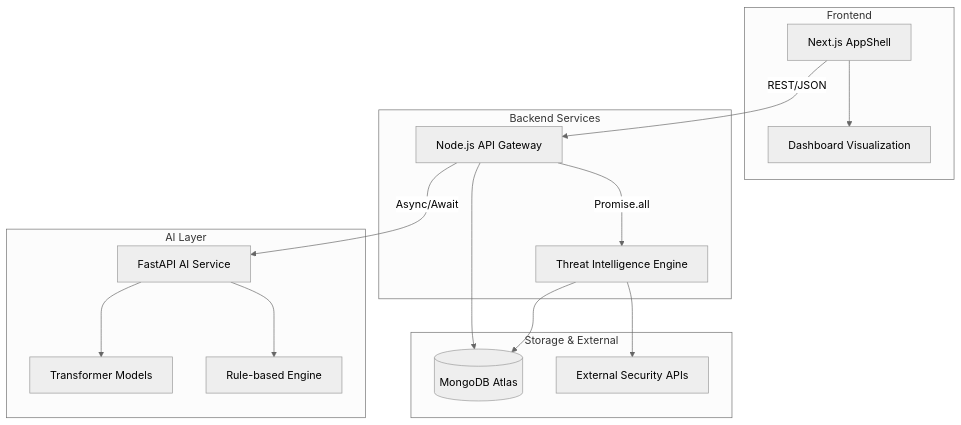
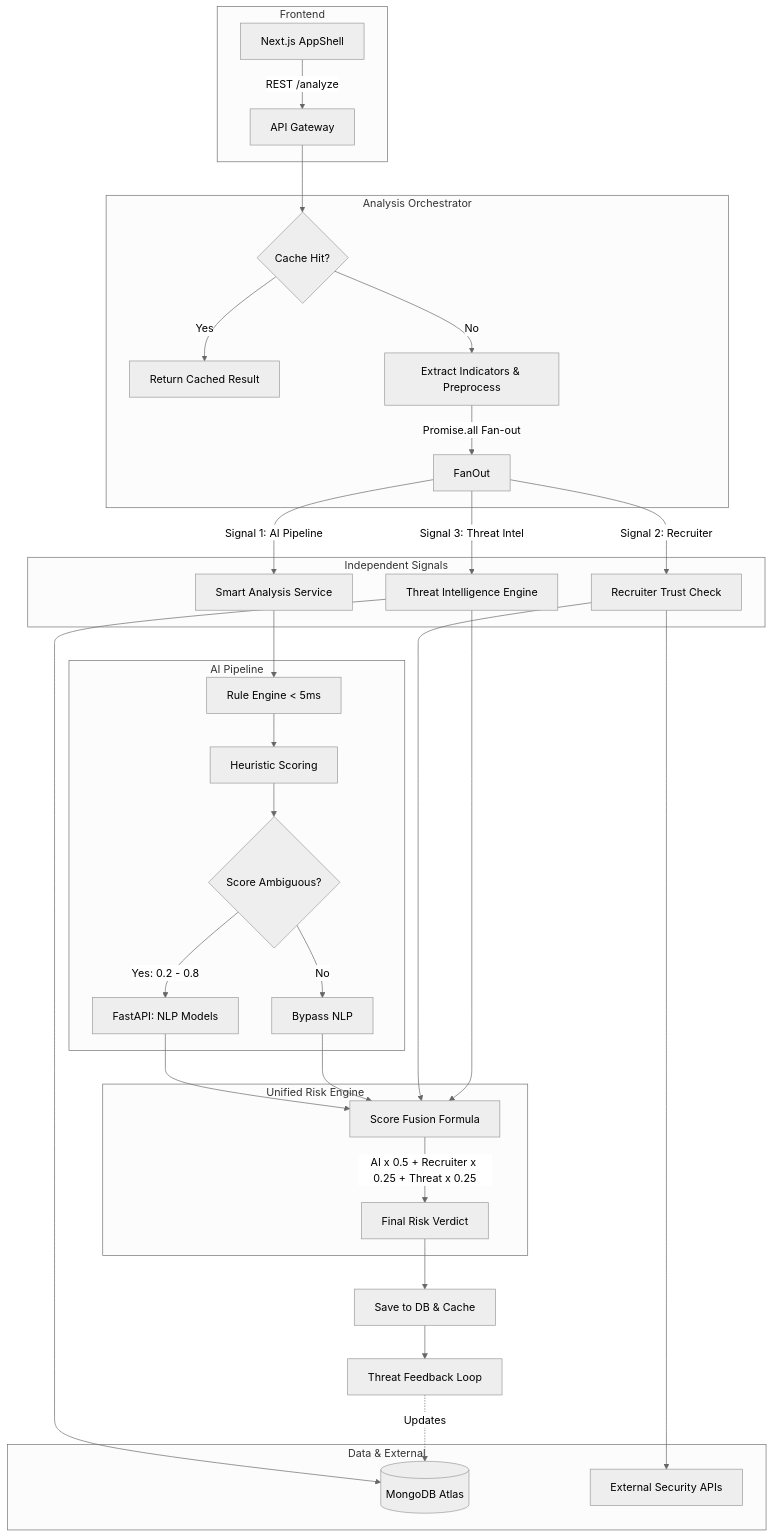
One commit to pranav-pachn/Jobshield-AI changed the diagram in README.md. Above: the diagram before and after it, drawn with Mermaid (neutral theme). The commit also changed other lines of this file and 10 other files, not shown here.

Commit message:
feat: implement backend analysis pipeline and landing hero section with updated system documentation

````diff
--- a/README.md
+++ b/README.md
@@ -341,33 +341,46 @@
 ```mermaid
 graph TD
     subgraph Frontend
-    UI[Next.js AppShell] --> Dash[Dashboard Visualization]
+    UI[Next.js AppShell] -->|REST /analyze| API[API Gateway]
     end
     
-    subgraph Backend Services
-    API[Node.js API Gateway]
-    Threat[Threat Intelligence Engine]
-    end
+    subgraph Orchestration [Analysis Orchestrator]
+    API --> CacheCheck{Cache Hit?}
+    CacheCheck -->|Yes| FetchCache[Return Cached Result]
+    CacheCheck -->|No| Preprocess[Extract Indicators & Preprocess]
     
-    subgraph AI Layer
-    AI[FastAPI AI Service]
-    NLP[Transformer Models]
-    Rules[Rule-based Engine]
-    end
-    
-    subgraph Storage & External
-    DB[(MongoDB Atlas)]
-    Ext[External Security APIs]
+    Preprocess -->|Promise.all Fan-out| FanOut
     end
 
-    UI -->|REST/JSON| API
-    API -->|Promise.all| Threat
-    API -->|Async/Await| AI
-    
-    AI --> NLP
-    AI --> Rules
-    
-    API --> DB
-    Threat --> DB
-    Threat --> Ext
+    subgraph Independent Signals
+    FanOut -->|Signal 1: AI Pipeline| AI[Smart Analysis Service]
+    FanOut -->|Signal 2: Recruiter| Recruiter[Recruiter Trust Check]
+    FanOut -->|Signal 3: Threat Intel| Threat[Threat Intelligence Engine]
+    end
+
+    subgraph AI Pipeline
+    AI --> Rules[Rule Engine < 5ms]
+    Rules --> Heuristic[Heuristic Scoring]
+    Heuristic --> Gate{Score Ambiguous?}
+    Gate -->|Yes: 0.2 - 0.8| NLP[FastAPI: NLP Models]
+    Gate -->|No| Bypass[Bypass NLP]
+    end
+
+    subgraph Data & External
+    Threat --> DB[(MongoDB Atlas)]
+    Recruiter --> Ext[External Security APIs]
+    end
+
+    NLP --> Fusion
+    Bypass --> Fusion
+    Recruiter --> Fusion
+    Threat --> Fusion
+
+    subgraph Unified Risk Engine
+    Fusion[Score Fusion Formula] -->|AI x 0.5 + Recruiter x 0.25 + Threat x 0.25| Verdict[Final Risk Verdict]
+    end
+
+    Verdict --> Storage[Save to DB & Cache]
+    Storage --> ThreatLoop[Threat Feedback Loop]
+    ThreatLoop -.->|Updates| DB
 ```
````
